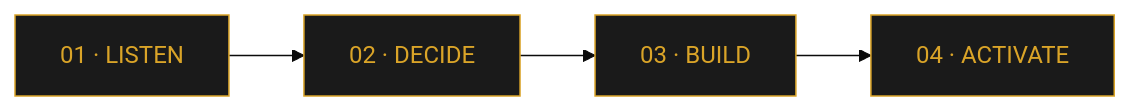
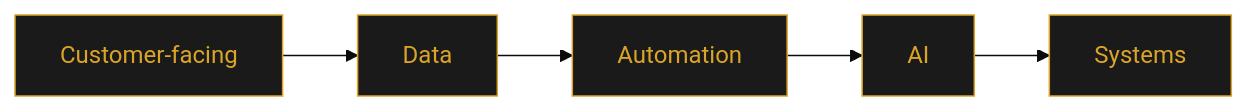
One commit to GracianB/GracianB changed the first of 4 diagrams in README.md. Above: the diagram before and after it, drawn with Mermaid (base theme). The commit also changed other lines of this file, not shown here.

````diff
--- a/README.md
+++ b/README.md
@@ -75,11 +55,10 @@
 ```mermaid
 flowchart LR
-    A["01 · LISTEN"] --> B["02 · DECIDE"]
-    B --> C["03 · BUILD"]
-    C --> D["04 · ACTIVATE"]
+    A[Customer-facing] --> B[Data] --> C[Automation] --> D[AI] --> E[Systems]
 
     style A fill:#1a1a1a,stroke:#DAA428,color:#DAA428
     style B fill:#1a1a1a,stroke:#DAA428,color:#DAA428
     style C fill:#1a1a1a,stroke:#DAA428,color:#DAA428
     style D fill:#1a1a1a,stroke:#DAA428,color:#DAA428
+    style E fill:#1a1a1a,stroke:#DAA428,color:#DAA428
 ```
````
